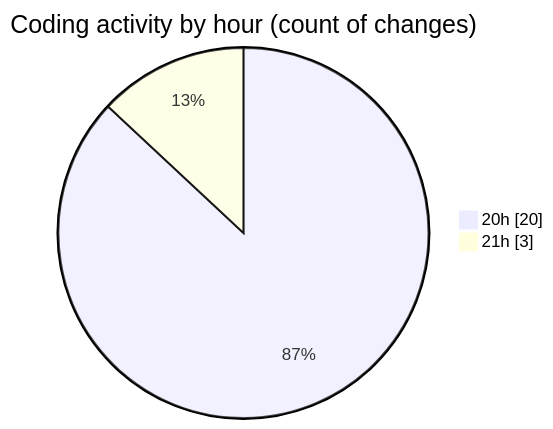
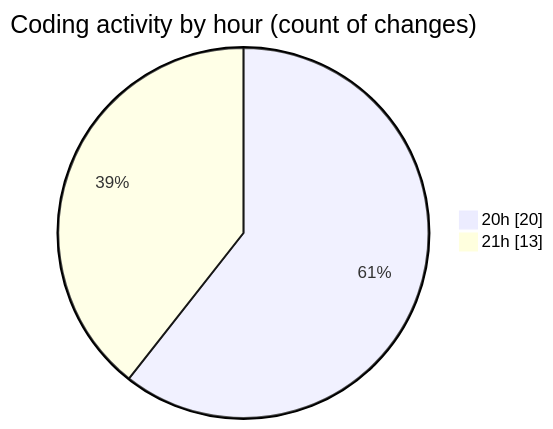
The second of 2 diagrams in 2025-08-19/quytuthien_vn/README.md (lephambinh05/code-tracking), drawn with Mermaid before and after one commit. The commit also changed other lines of this file and 1 other file, not shown here.

````diff
--- a/2025-08-19/quytuthien_vn/README.md
+++ b/2025-08-19/quytuthien_vn/README.md
@@ -51,6 +60,6 @@
 ```mermaid
 pie showData
 title Coding activity by hour (count of changes)
 "20h" : 20
-"21h" : 3
+"21h" : 13
 ```
````
